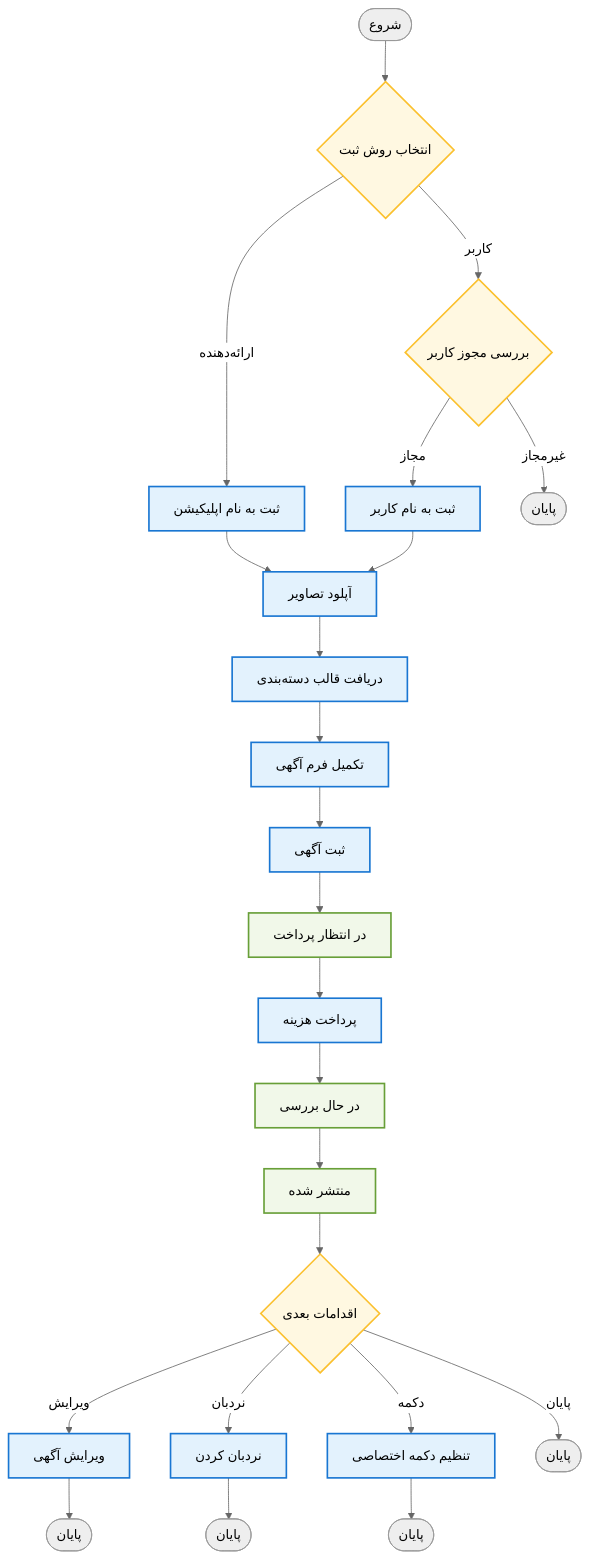
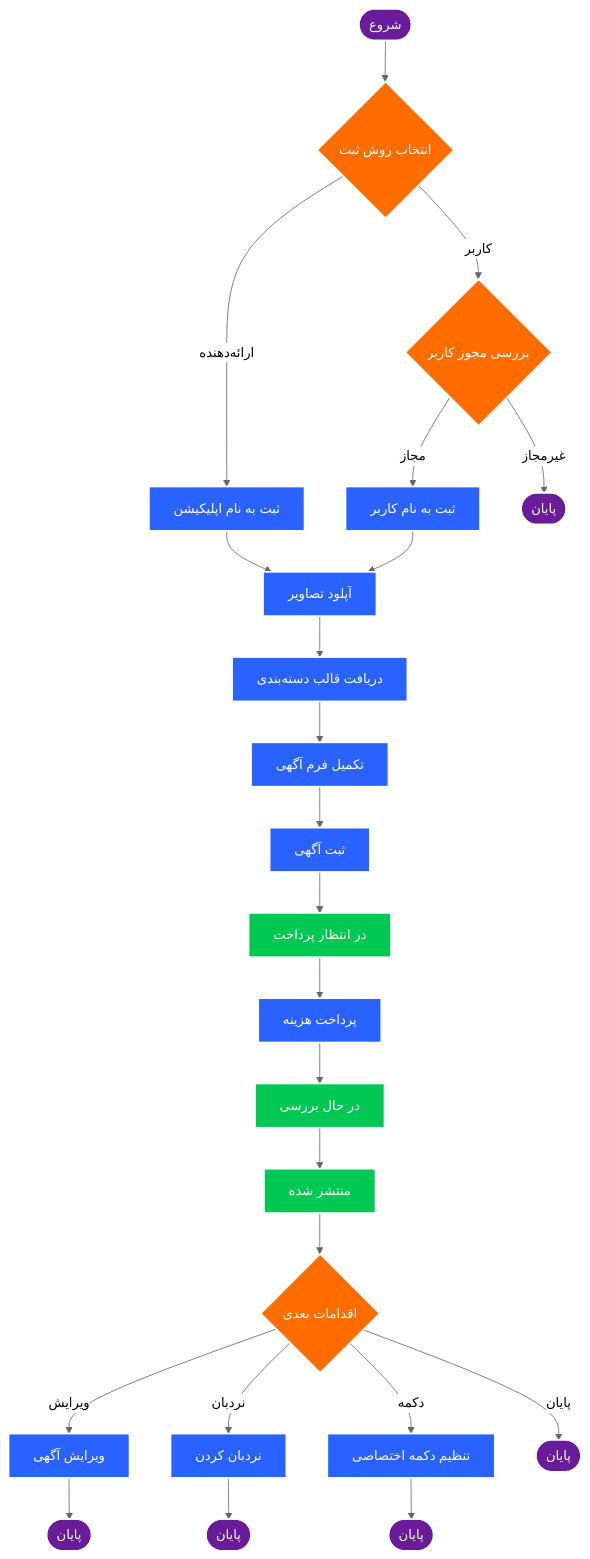
The diagram in docs/post/submit_post.md (divar-ir/kenar-docs), drawn with Mermaid (neutral theme) before and after one commit.

Commit message:
Fix chart in dark mode

````diff
--- a/docs/post/submit_post.md
+++ b/docs/post/submit_post.md
@@ -353,47 +353,49 @@
 ```mermaid
 flowchart TB
     Start([شروع]) --> SelectMethod{انتخاب روش ثبت}
     
     SelectMethod -->|ارائه‌دهنده| Provider[ثبت به نام اپلیکیشن]
     SelectMethod -->|کاربر| UserCheck{بررسی مجوز کاربر}
     
     UserCheck -->|مجاز| User[ثبت به نام کاربر]
     UserCheck -->|غیرمجاز| End([پایان])
     
     Provider --> UploadImages
     User --> UploadImages
     
     UploadImages[آپلود تصاویر] --> GetSchema[دریافت قالب دسته‌بندی]
     
     GetSchema --> FillForm[تکمیل فرم آگهی]
     
     FillForm --> Submit[ثبت آگهی]
     
     Submit --> PendingPayment[در انتظار پرداخت]
     
     PendingPayment --> Payment[پرداخت هزینه]
     
     Payment --> Review[در حال بررسی]
     
     Review --> Published[منتشر شده]
     
     Published --> PostActions{اقدامات بعدی}
     
     PostActions -->|ویرایش| Edit[ویرایش آگهی]
     PostActions -->|نردبان| Reorder[نردبان کردن]
     PostActions -->|دکمه| CustomButton[تنظیم دکمه اختصاصی]
     PostActions -->|پایان| End2([پایان])
     
     Edit --> End3([پایان])
     Reorder --> End4([پایان])
     CustomButton --> End5([پایان])
     
     %% استایل‌ها
-    classDef process fill:#e3f2fd,stroke:#1976d2,stroke-width:2px
-    classDef decision fill:#fff8e1,stroke:#fbc02d,stroke-width:2px
-    classDef state fill:#f1f8e9,stroke:#689f38,stroke-width:2px
+    classDef process fill:#2962ff,stroke:#fff,stroke-width:2px,color:#fff
+    classDef decision fill:#ff6d00,stroke:#fff,stroke-width:2px,color:#fff
+    classDef state fill:#00c853,stroke:#fff,stroke-width:2px,color:#fff
+    classDef terminal fill:#6a1b9a,stroke:#fff,stroke-width:2px,color:#fff
     
     class Provider,User,UploadImages,GetSchema,FillForm,Submit,Payment,Edit,Reorder,CustomButton process
     class SelectMethod,UserCheck,PostActions decision
     class PendingPayment,Review,Published state
+    class Start,End,End2,End3,End4,End5 terminal
 ```
````
